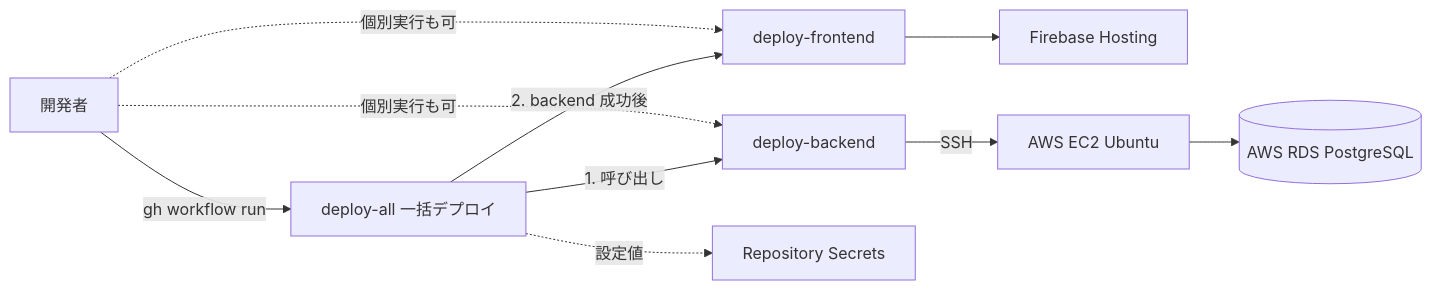
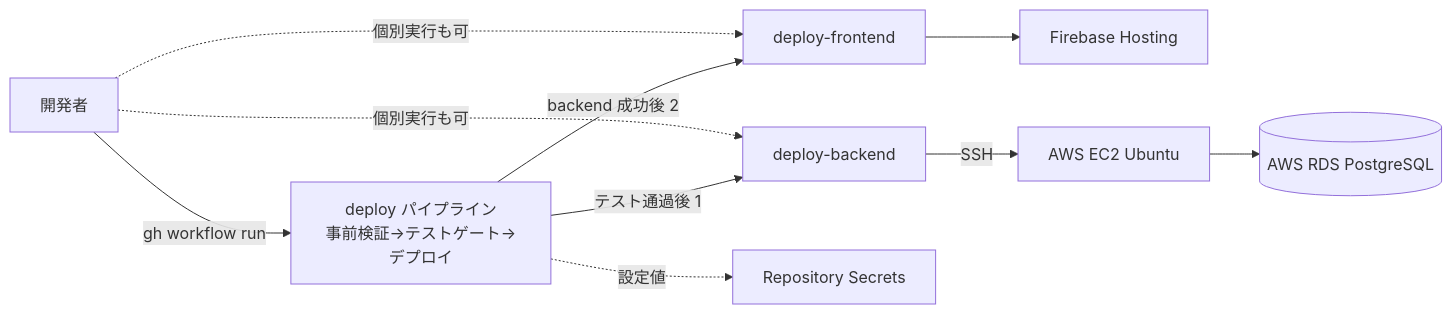
One commit to TSUNAGUBA/undeux-sales-suite changed the diagram in infra/deploy-guide.md. Above: the diagram before and after it, drawn with Mermaid. The commit also changed other lines of this file and 8 other files, not shown here.

````diff
--- a/infra/deploy-guide.md
+++ b/infra/deploy-guide.md
@@ -12,12 +12,12 @@
 ```mermaid
 graph LR
-    Dev[開発者] -->|gh workflow run| ALL[deploy-all 一括デプロイ]
-    ALL -->|1. 呼び出し| BE[deploy-backend]
-    ALL -->|2. backend 成功後| FE[deploy-frontend]
+    Dev[開発者] -->|gh workflow run| ALL[deploy パイプライン<br/>事前検証→テストゲート→デプロイ]
+    ALL -->|テスト通過後 1| BE[deploy-backend]
+    ALL -->|backend 成功後 2| FE[deploy-frontend]
     Dev -. 個別実行も可 .-> BE
     Dev -. 個別実行も可 .-> FE
     FE --> FH[Firebase Hosting]
     BE -->|SSH| EC2[AWS EC2 Ubuntu]
     EC2 --> RDS[(AWS RDS PostgreSQL)]
     ALL -. 設定値 .-> SEC[Repository Secrets]
 ```
````
